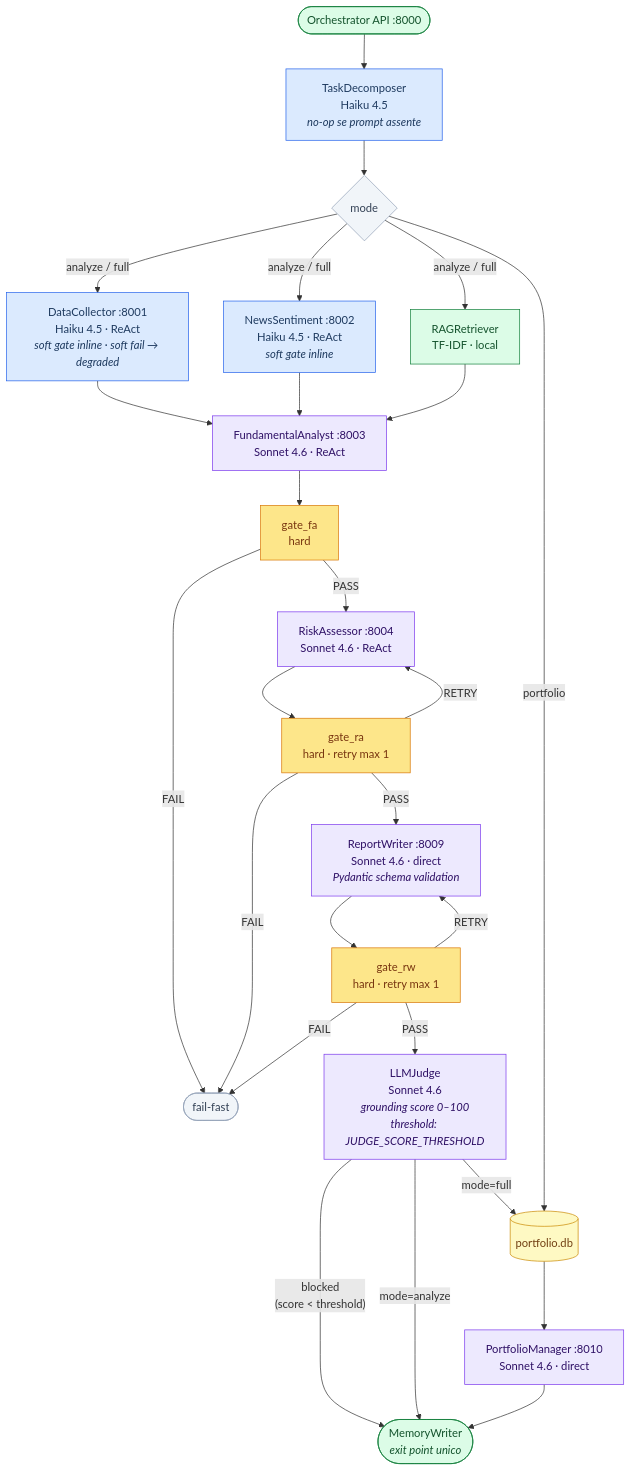
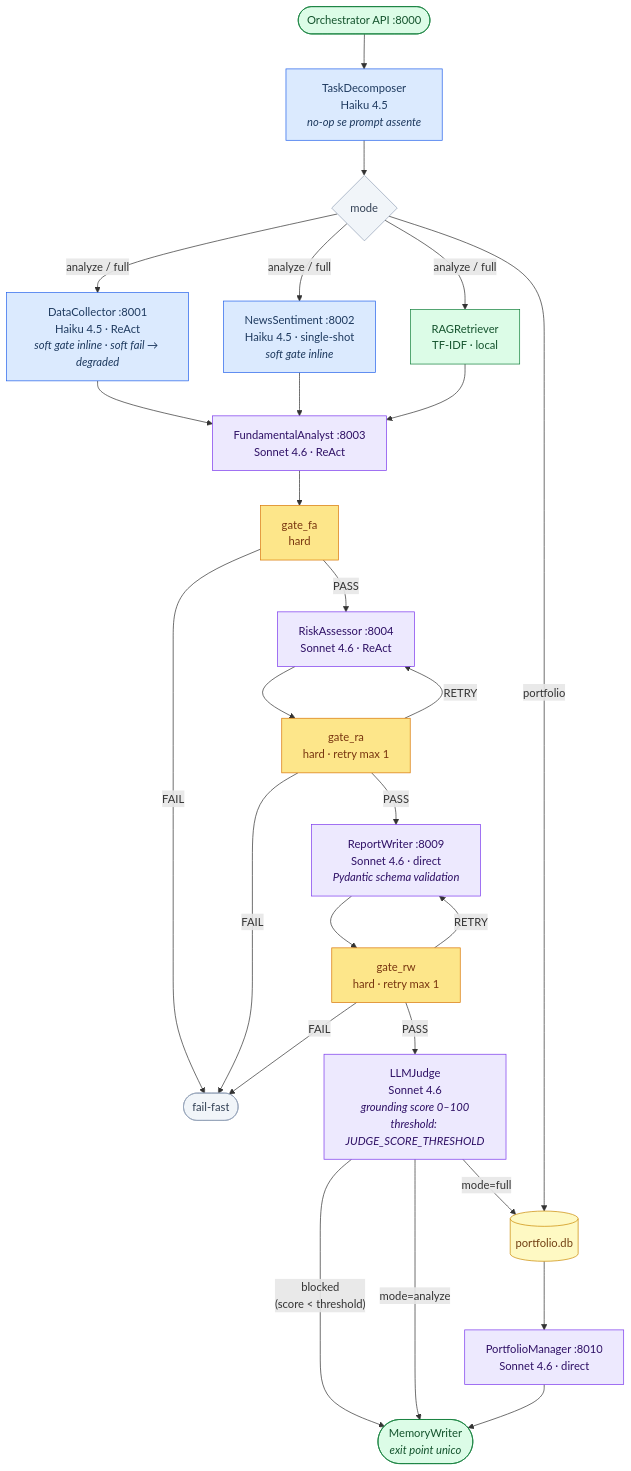
The first of 2 diagrams in docs/architecture.md (tommasobraga/equity-researcher-analyst-a2a), drawn with Mermaid before and after one commit. The commit also changed other lines of this file and 1 other file, not shown here.

First line of the commit message:
docs: update architecture and CLAUDE.md for NewsSentiment single-shot refactor

````diff
--- a/docs/architecture.md
+++ b/docs/architecture.md
@@ -7,59 +7,59 @@
 ```mermaid
 flowchart TD
     classDef haiku  fill:#dbeafe,stroke:#2563eb,color:#1e3a5f
     classDef sonnet fill:#ede9fe,stroke:#7c3aed,color:#2e1065
     classDef infra  fill:#dcfce7,stroke:#15803d,color:#14532d
     classDef store  fill:#fef9c3,stroke:#ca8a04,color:#713f12
     classDef term   fill:#f1f5f9,stroke:#94a3b8,color:#334155
     classDef gate   fill:#fde68a,stroke:#d97706,color:#78350f
     classDef guard  fill:#fee2e2,stroke:#dc2626,color:#7f1d1d
 
     START(["Orchestrator API :8000"]):::infra
     START --> DECOMP
 
     DECOMP["TaskDecomposer<br/>Haiku 4.5<br/><i>no-op se prompt assente</i>"]:::haiku
     DECOMP --> MODE{mode}:::term
 
     MODE -->|"analyze / full"| DC & NS & RAG
     MODE -->|portfolio| PL
 
     DC["DataCollector :8001<br/>Haiku 4.5 · ReAct<br/><i>soft gate inline · soft fail → degraded</i>"]:::haiku
-    NS["NewsSentiment :8002<br/>Haiku 4.5 · ReAct<br/><i>soft gate inline</i>"]:::haiku
+    NS["NewsSentiment :8002<br/>Haiku 4.5 · single-shot<br/><i>soft gate inline</i>"]:::haiku
     RAG["RAGRetriever<br/>TF-IDF · local"]:::infra
 
     DC & NS & RAG --> FA
 
     FA["FundamentalAnalyst :8003<br/>Sonnet 4.6 · ReAct"]:::sonnet
     FA --> GFA["gate_fa<br/>hard"]:::gate
 
     GFA -->|"FAIL"| STOP(["fail-fast"]):::term
     GFA -->|"PASS"| RA
 
     RA["RiskAssessor :8004<br/>Sonnet 4.6 · ReAct"]:::sonnet
     RA --> GRA["gate_ra<br/>hard · retry max 1"]:::gate
 
     GRA -->|"FAIL"| STOP
     GRA -->|"RETRY"| RA
     GRA -->|"PASS"| RW
 
     RW["ReportWriter :8009<br/>Sonnet 4.6 · direct<br/><i>Pydantic schema validation</i>"]:::sonnet
     RW --> GRW["gate_rw<br/>hard · retry max 1"]:::gate
 
     GRW -->|"FAIL"| STOP
     GRW -->|"RETRY"| RW
     GRW -->|"PASS"| JUDGE
 
     JUDGE["LLMJudge<br/>Sonnet 4.6<br/><i>grounding score 0–100<br/>threshold: JUDGE_SCORE_THRESHOLD</i>"]:::sonnet
 
     JUDGE -->|"blocked<br/>(score < threshold)"| MW
     JUDGE -->|"mode=analyze"| MW
     JUDGE -->|"mode=full"| PL
 
     PL[("portfolio.db")]:::store
     PL --> PM
 
     PM["PortfolioManager :8010<br/>Sonnet 4.6 · direct"]:::sonnet
     PM --> MW
 
     MW(["MemoryWriter<br/><i>exit point unico</i>"]):::infra
 ```
````
